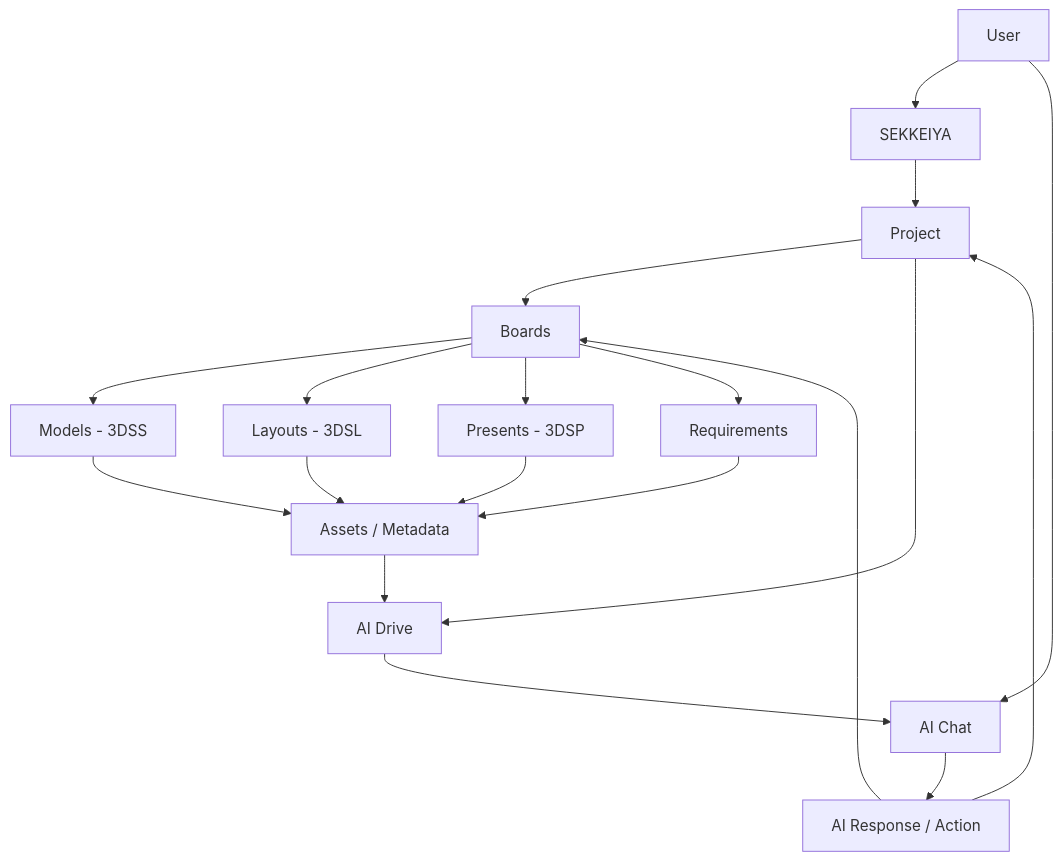
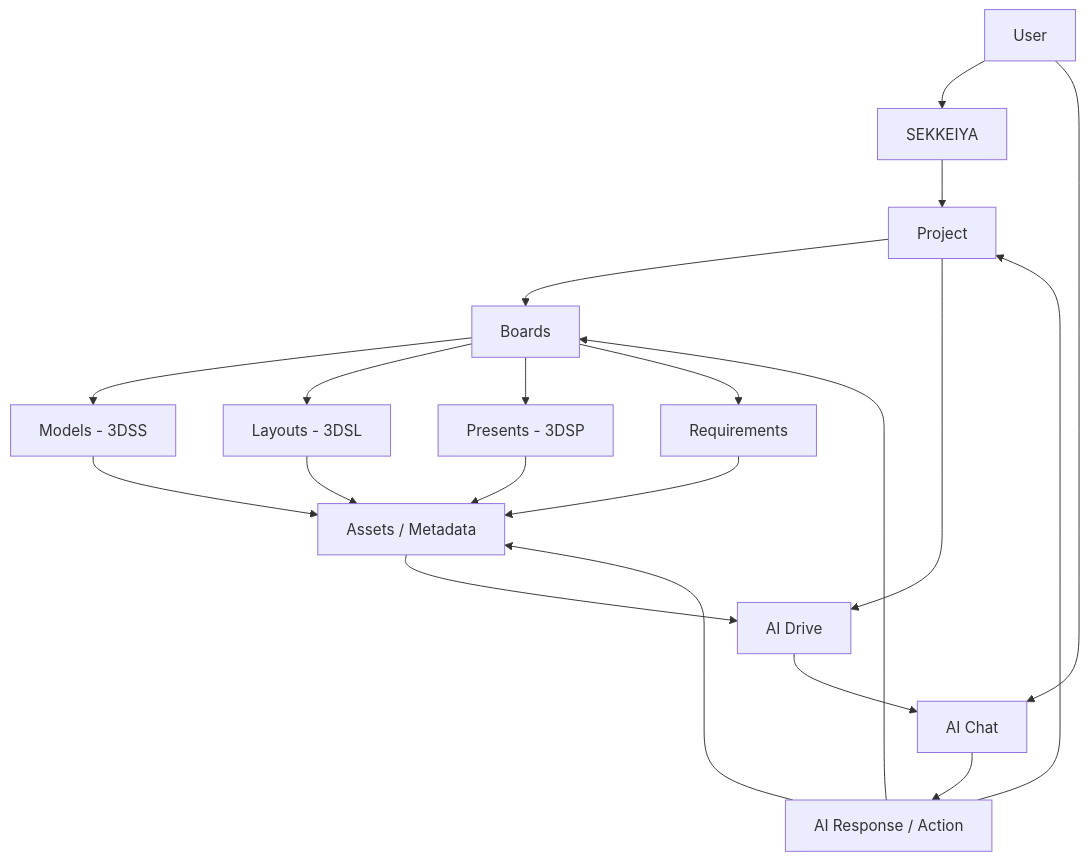
Before and after one commit to sekkeiya/SEKKEIYA: the diagram in docs/diagrams/core-system-map.md, drawn with Mermaid.

````diff
--- a/docs/diagrams/core-system-map.md
+++ b/docs/diagrams/core-system-map.md
@@ -1,33 +1,34 @@
 ```mermaid
 flowchart TD
 
     U[User]
 
     U --> S[SEKKEIYA]
 
     S --> P[Project]
 
     P --> B[Boards]
 
     B --> M[Models - 3DSS]
     B --> L[Layouts - 3DSL]
     B --> PR[Presents - 3DSP]
     B --> R[Requirements]
 
     M --> A[Assets / Metadata]
     L --> A
     PR --> A
     R --> A
 
     A --> AD[AI Drive]
     P --> AD
 
     AD --> AC[AI Chat]
 
     U --> AC
 
     AC --> AR[AI Response / Action]
 
     AR --> P
     AR --> B
+    AR --> A
 ```
````
